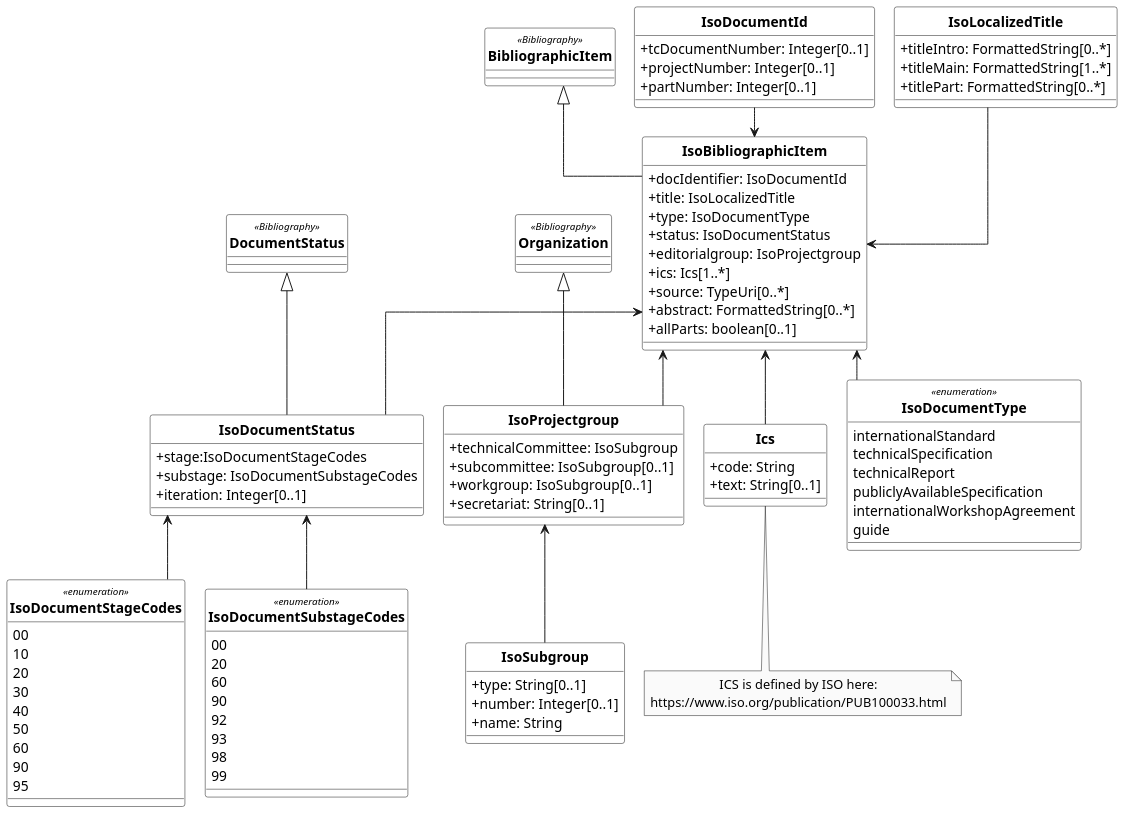
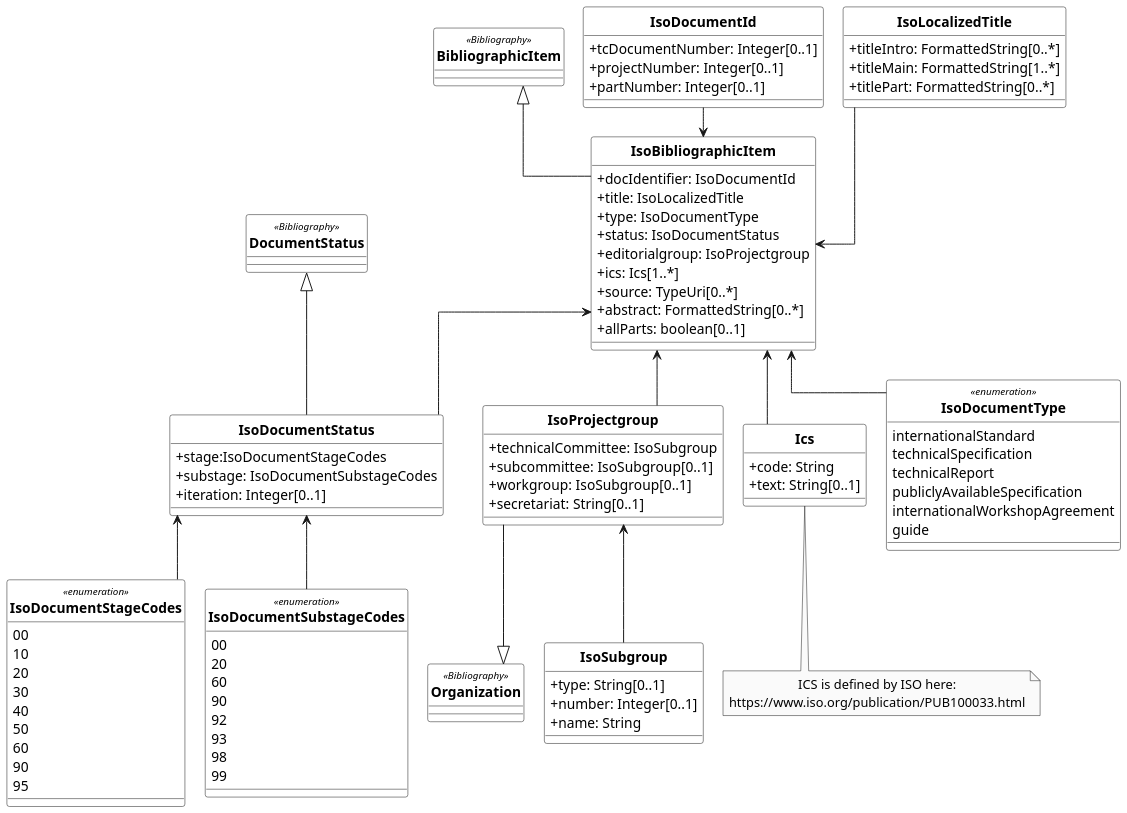
The diagram in iso_uml/IsoDoc_IsoBibliographicItem.wsd (CalConnect/csd-standard-doc), drawn with PlantUML before and after one commit. The commit also changed 3 other files, not shown here.

```diff
--- a/iso_uml/IsoDoc_IsoBibliographicItem.wsd
+++ b/iso_uml/IsoDoc_IsoBibliographicItem.wsd
@@ -1,200 +1,200 @@
 @startuml IsoDoc_IsoBibliographicItem
 /'
 Diagram:        IsoDoc_IsoBibliographicItem
 DateCreate:     22/08/2018
 Description:    Metanorma IsoDoc is a family of document models intended to represent ISO Standards and similarly structured standards, 
                 based on the Metanorma StandardDocument ("StanDoc") and BasicDocument ("BasicDoc") models.
                 It is used to abstract the automated generation of standard documents in various formats from well-defined authoring tools; 
                 and to validate the structural conformance of authored standards to specifications.
                 The standards currently modelled via Metanorma IsoDoc are:
                 
                 - ISO Standards
                 - CSD Standards
                 - Chinese Standards (GB and family)
                 
                 The base Metanorma StandardDocument model includes information common to all standards in scope of IsoDoc. 
                 Models for individual standards are derived from the base model as subclasses, permitting changes in cardinality of attributes, 
                 and changes in their type.
                 
                 Models it depends on include:
                 
                 - Relaton Bibliography models: BibModels
                 - BasicDoc models: BasicDoc
                 - Metanorma StandDoc models: StanDoc
                 
                 Below, we show the UML diagrams for the base model and for ISO. The CSD, GB diagrams are shown on their own respective pages.
                 The document models are expressed as UML and as RelaxNG Compact (RNC) grammars; see discussion under Grammars. 
                 This repository contains the RNC grammars for the base Standard Document model, ISO Standards, CSD and China Standards.
                 
                 The document models are currently used by Asciidoctor-based authoring tools for standards, 
                 which convert Asciidoctor source to XML representations of the document models, and validate the XML generated against the RNC schemas:
                 
                 - https://github.com/riboseinc/asciidoctor-iso
                 - https://github.com/riboseinc/asciidoctor-csd
                 - https://github.com/riboseinc/asciidoctor-gb
                 
                 They are also used by tools that render those XML representations of the document models, into HTML and Microsoft Word:
                 
                 - https://github.com/riboseinc/isodoc
                 - https://github.com/riboseinc/asciidoctor-csd (inheriting from isodoc)
                 - https://github.com/riboseinc/asciidoctor-gb (inheriting from isodoc)
 
 Hystory of changes:
 > DD/MM/YYYY
     - 
     - 
 '/
 
 '******* CONFIGURATION ************************************************
 skinparam classAttributeIconSize 0
 skinparam Dpi 150
 skinparam Monochrome true
 skinparam LineType ortho
 skinparam nodesep 20
 skinparam ranksep 30
 hide circle
 /' skinparam CircledCharacterRadius 0 '/
 /' skinparam CircledCharacterFontSize 0 '/
 skinparam Default {
 TextAlignment center
 FontName Helvetica
 }
 skinparam Class {
 AttributeIconSize 0
 BackgroundColor White
 FontStyle bold
 StereotypeFontSize 10
 }
 skinparam Rectangle {
 BackgroundColor White
 FontStyle bold
 FontSize 11
 StereotypeFontSize 10
 }
 skinparam Object {
 BackgroundColor White
 FontStyle bold
 FontSize 11
 StereotypeFontSize 10
 }
 
 skinparam Entity {
 StereotypeFontSize 10
 }
 
 '******* CLASS DEFINITION *********************************************
 class BibliographicItem <<Bibliography>> {
 
 }
 
 class IsoBibliographicItem{
     +docIdentifier: IsoDocumentId
     +title: IsoLocalizedTitle
     +type: IsoDocumentType
     +status: IsoDocumentStatus
     +editorialgroup: IsoProjectgroup
     +ics: Ics[1..*]
     +source: TypeUri[0..*]
     +abstract: FormattedString[0..*]
     +allParts: boolean[0..1]
 }
 
 class IsoDocumentId{
     +tcDocumentNumber: Integer[0..1]
     +projectNumber: Integer[0..1]
     +partNumber: Integer[0..1]
 }
 
 class IsoLocalizedTitle{
     +titleIntro: FormattedString[0..*]
     +titleMain: FormattedString[1..*]
     +titlePart: FormattedString[0..*]
 }
 
 class IsoDocumentStatus{
     +stage:IsoDocumentStageCodes
     +substage: IsoDocumentSubstageCodes
     +iteration: Integer[0..1]
 }
 
 class DocumentStatus <<Bibliography>>{
 
 }
 
 class IsoProjectgroup{
     +technicalCommittee: IsoSubgroup
     +subcommittee: IsoSubgroup[0..1]
     +workgroup: IsoSubgroup[0..1]
     +secretariat: String[0..1]    
 }
 
 class Organization <<Bibliography>>{
 
 }
 
 class IsoSubgroup{
     +type: String[0..1]
     +number: Integer[0..1]
     +name: String
 }
 
 class Ics{
     +code: String
     +text: String[0..1]
 }
 
 enum IsoDocumentType <<enumeration>>{
     internationalStandard
     technicalSpecification
     technicalReport
     publiclyAvailableSpecification
     internationalWorkshopAgreement
     guide
 }
 
 enum IsoDocumentStageCodes <<enumeration>>{
     00
     10
     20
     30
     40
     50
     60
     90
     95
 }
 
 enum IsoDocumentSubstageCodes <<enumeration>>{
     00
     20
     60
     90
     92
     93
     98
     99
 }
 
 '******* NOTES ********************************************************
 note bottom of Ics: ICS is defined by ISO here:\nhttps://www.iso.org/publication/PUB100033.html
 
 '******* CLASS RELATIONS **********************************************
-BibliographicItem <|-- IsoBibliographicItem
+IsoBibliographicItem -up-|> BibliographicItem
 
 IsoDocumentId --> IsoBibliographicItem
 IsoLocalizedTitle --> IsoBibliographicItem
 IsoBibliographicItem <-- IsoDocumentType
 IsoBibliographicItem <-- IsoDocumentStatus
+IsoBibliographicItem <-- Ics
 IsoBibliographicItem <-- IsoProjectgroup
-IsoBibliographicItem <-- Ics
 
 DocumentStatus <|-- IsoDocumentStatus
 
 IsoDocumentStatus <-- IsoDocumentStageCodes
 IsoDocumentStatus <-- IsoDocumentSubstageCodes
 
-Organization <|-- IsoProjectgroup
+IsoProjectgroup -down-|> Organization
 
 IsoProjectgroup <-- IsoSubgroup
 
 @enduml
```
